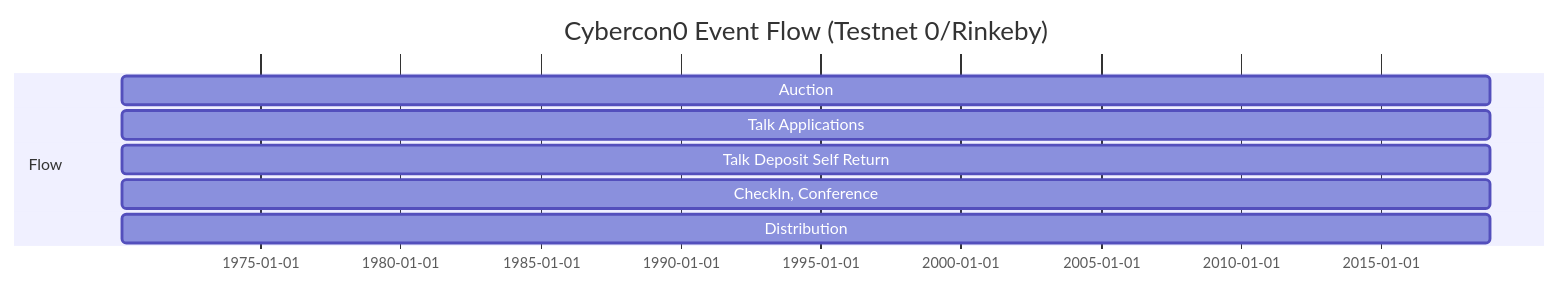
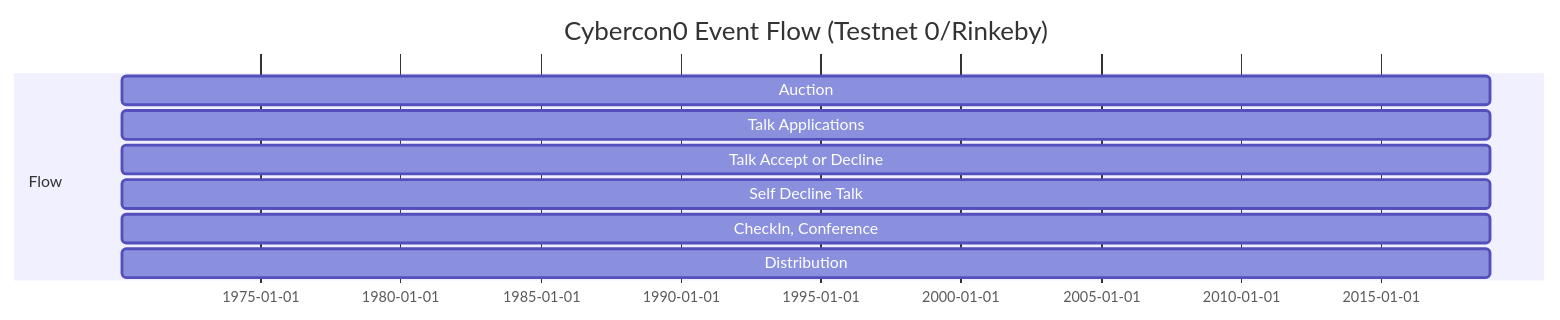
One commit to cybercongress/cybaca changed the diagram in docs/eventflow.mmd. Above: the diagram before and after it, drawn with Mermaid. The commit also changed 8 other files, not shown here.

```diff
--- a/docs/eventflow.mmd
+++ b/docs/eventflow.mmd
@@ -1,10 +1,11 @@
 gantt
 dateFormat X
 title Cybercon0 Event Flow (Testnet 0/Rinkeby)
 
 section Flow
-Auction            :         auction, 1543302000, 1543330800 
-Talk Applications  :         applications, 1543302000, 1543323600
-Talk Deposit Self Return :        return, 1543323600, 1543330800
-CheckIn, Conference            :         checkin, 1543330800, 1543338000
-Distribution       :         distribution, 1543339800, 1543345200 
+Auction                 :         auction, 1543302000, 1543330800 
+Talk Applications       :         applications, 1543302000, 1543323600
+Talk Accept or Decline  :         verification, 1543302000, 1543330800
+Self Decline Talk       :        return, 1543323600, 1543330800
+CheckIn, Conference     :         checkin, 1543330800, 1543338000
+Distribution            :         distribution, 1543339800, 1543345200 
```
